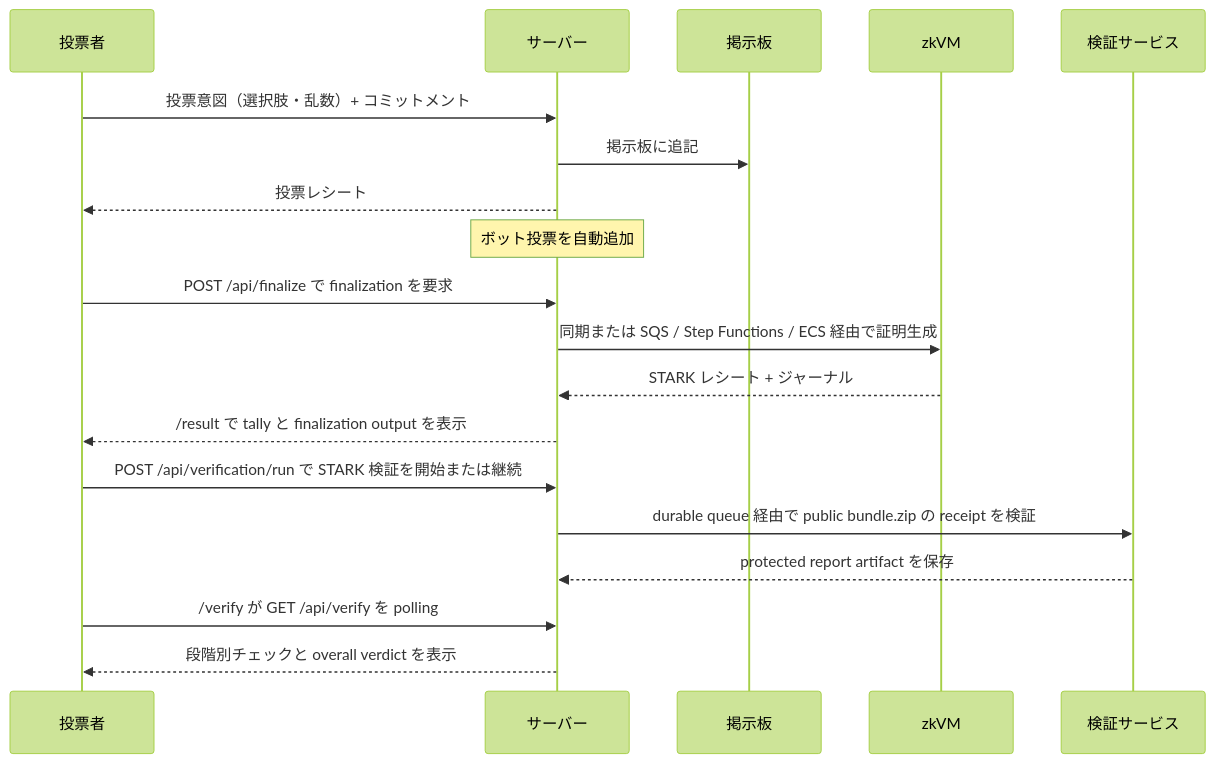
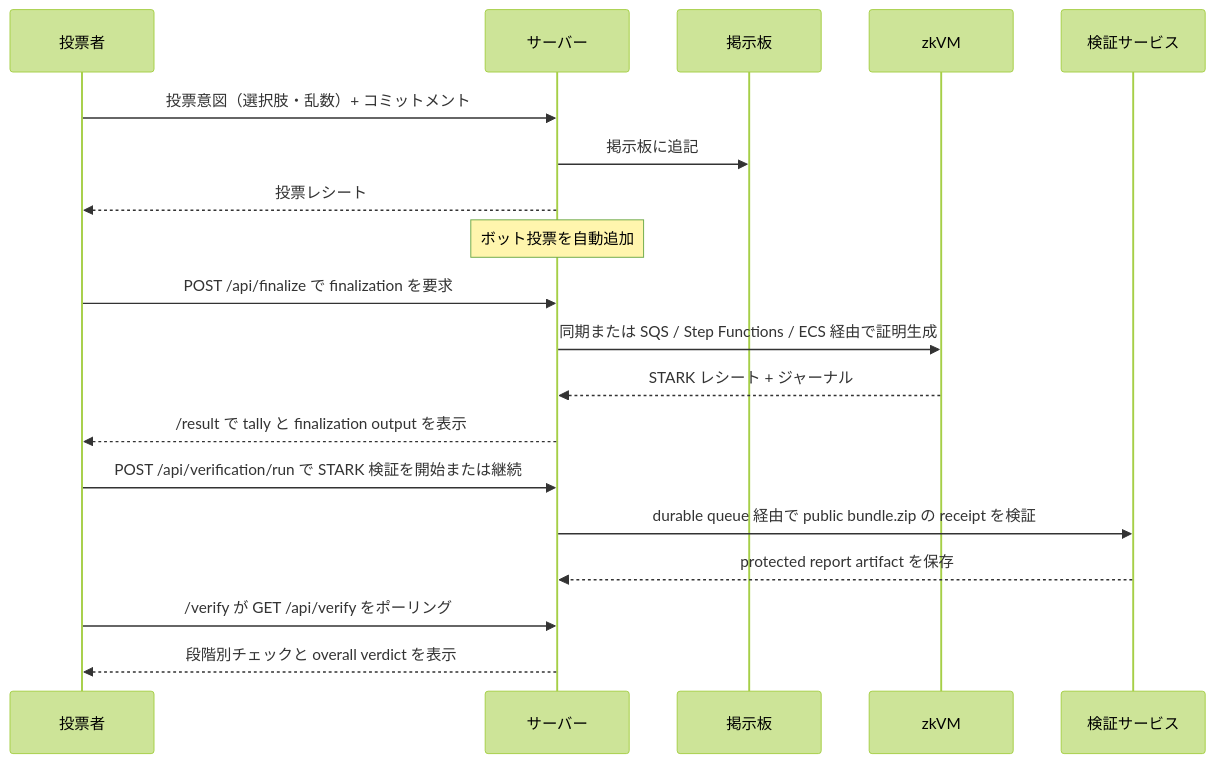
The second of 2 diagrams in public-book/src/overview.md (hwatanabe-jp/stark-ballot-simulator-public), drawn with Mermaid (forest theme) before and after one commit. The commit also changed other lines of this file and 389 other files, not shown here.

````diff
--- a/public-book/src/overview.md
+++ b/public-book/src/overview.md
@@ -15,22 +15,22 @@
 ```mermaid
 sequenceDiagram
   participant V as 投票者
   participant S as サーバー
   participant B as 掲示板
   participant Z as zkVM
   participant VS as 検証サービス
 
   V->>S: 投票意図（選択肢・乱数）+ コミットメント
   S->>B: 掲示板に追記
   S-->>V: 投票レシート
   Note over S: ボット投票を自動追加
   V->>S: POST /api/finalize で finalization を要求
   S->>Z: 同期または SQS / Step Functions / ECS 経由で証明生成
   Z-->>S: STARK レシート + ジャーナル
   S-->>V: /result で tally と finalization output を表示
   V->>S: POST /api/verification/run で STARK 検証を開始または継続
   S->>VS: durable queue 経由で public bundle.zip の receipt を検証
   VS-->>S: protected report artifact を保存
-  V->>S: /verify が GET /api/verify を polling
+  V->>S: /verify が GET /api/verify をポーリング
   S-->>V: 段階別チェックと overall verdict を表示
 ```
````
